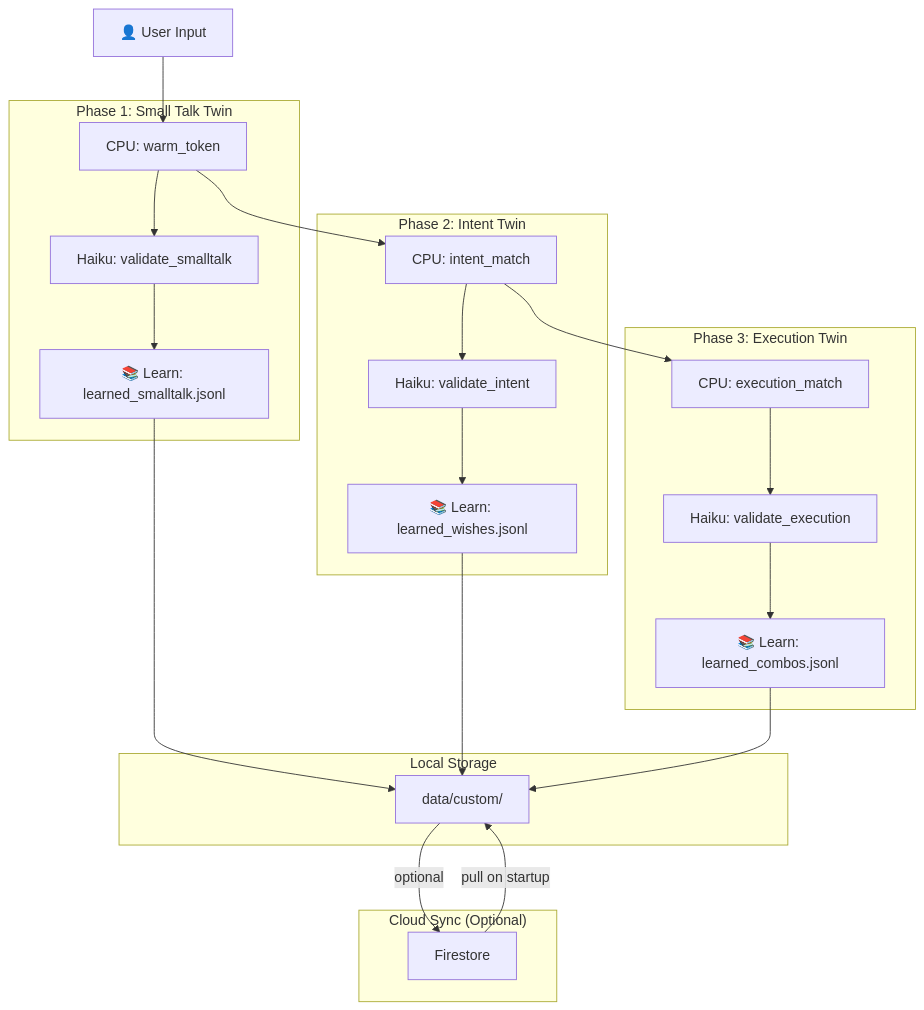
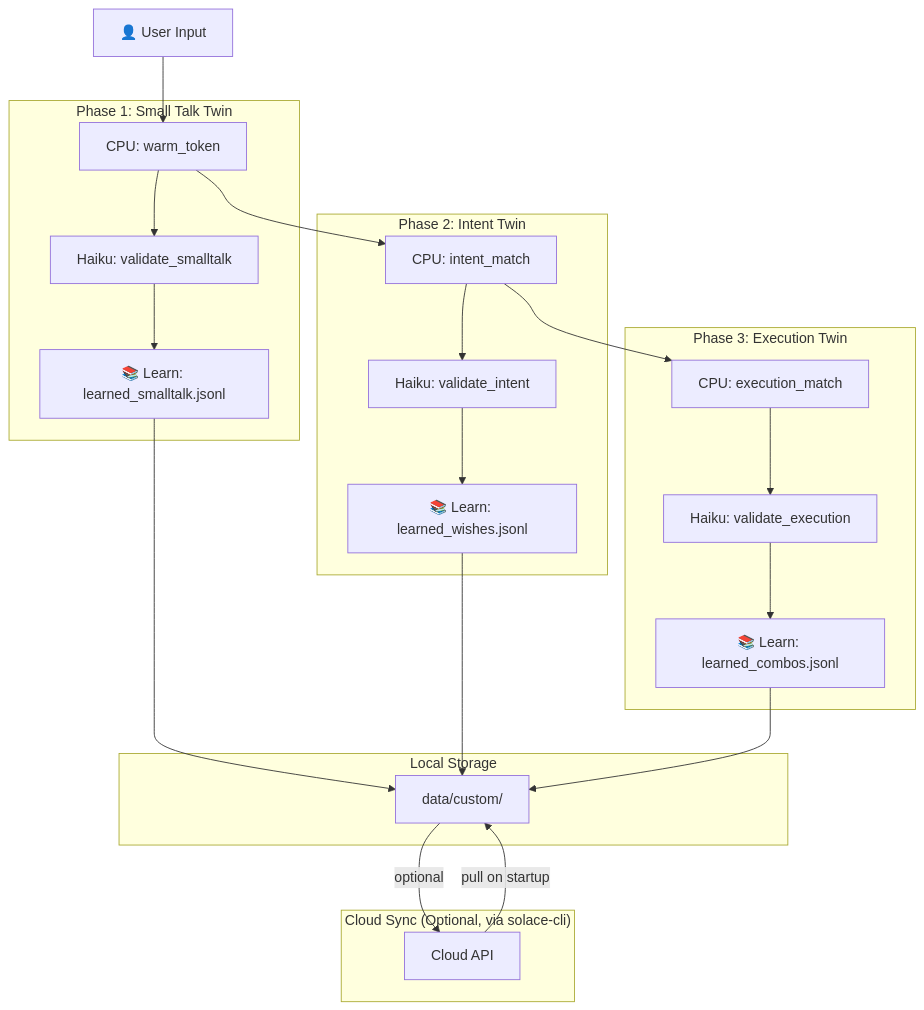
The first of 5 diagrams in data/default/orchestration.md (phuctruong/stillwater), drawn with Mermaid before and after one commit. The commit also changed other lines of this file and 841 other files, not shown here.

````diff
--- a/data/default/orchestration.md
+++ b/data/default/orchestration.md
@@ -9,48 +9,48 @@
 ```mermaid
 graph TB
     User["👤 User Input"]
 
     subgraph "Phase 1: Small Talk Twin"
         CPU1["CPU: warm_token"]
         LLM1["Haiku: validate_smalltalk"]
         Learn1["📚 Learn: learned_smalltalk.jsonl"]
     end
 
     subgraph "Phase 2: Intent Twin"
         CPU2["CPU: intent_match"]
         LLM2["Haiku: validate_intent"]
         Learn2["📚 Learn: learned_wishes.jsonl"]
     end
 
     subgraph "Phase 3: Execution Twin"
         CPU3["CPU: execution_match"]
         LLM3["Haiku: validate_execution"]
         Learn3["📚 Learn: learned_combos.jsonl"]
     end
 
     subgraph "Local Storage"
         DATA["data/custom/"]
     end
 
-    subgraph "Cloud Sync (Optional)"
-        CLOUD["Firestore"]
+    subgraph "Cloud Sync (Optional, via solace-cli)"
+        CLOUD["Cloud API"]
     end
 
     User --> CPU1
     CPU1 --> LLM1
     LLM1 --> Learn1
     Learn1 --> DATA
 
     CPU1 --> CPU2
     CPU2 --> LLM2
     LLM2 --> Learn2
     Learn2 --> DATA
 
     CPU2 --> CPU3
     CPU3 --> LLM3
     LLM3 --> Learn3
     Learn3 --> DATA
 
     DATA -->|optional| CLOUD
     CLOUD -->|pull on startup| DATA
 ```
````
